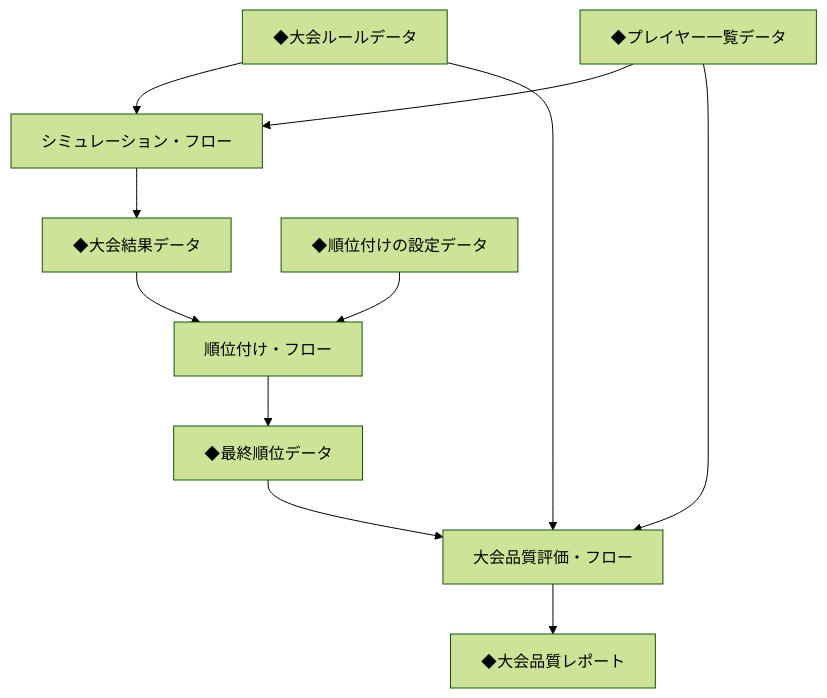
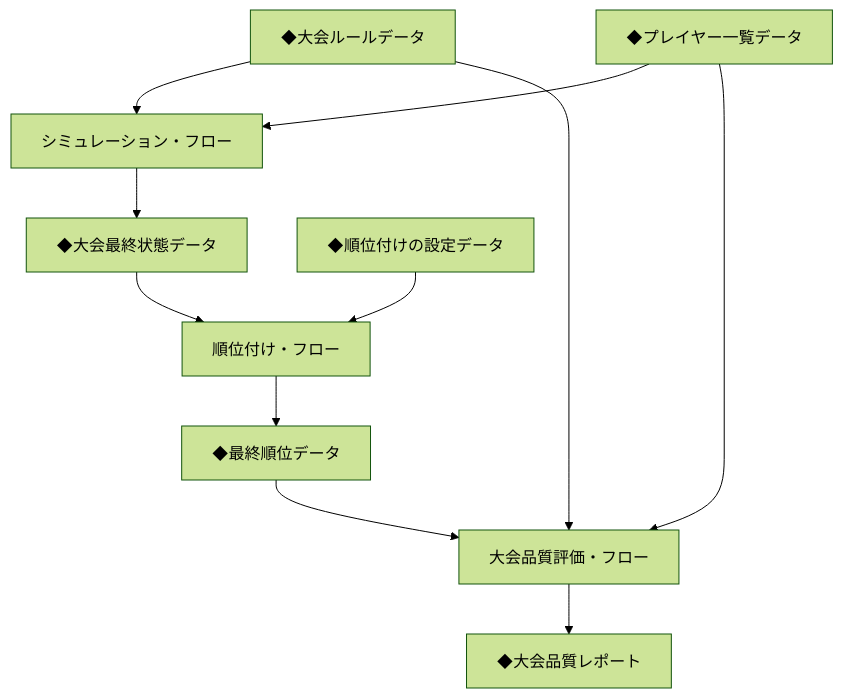
Before and after one commit to muzudho/ShogiTournamentSystemAnalyzer: the third of 5 diagrams in docs/むずでょの案/［大会ルール作成］の理想形と現状の差.md, drawn with Mermaid (forest theme). The commit also changed other lines of this file and 11 other files, not shown here.

````diff
--- a/docs/むずでょの案/［大会ルール作成］の理想形と現状の差.md
+++ b/docs/むずでょの案/［大会ルール作成］の理想形と現状の差.md
@@ -201,15 +201,15 @@
 ```mermaid
 flowchart TD
 	A[◆大会ルールデータ] --> S[シミュレーション・フロー]
 	B[◆プレイヤー一覧データ] --> S
-	S --> C[◆大会結果データ]
+	S --> C[◆大会最終状態データ]
 
 	D[◆順位付けの設定データ] --> R[順位付け・フロー]
 	C --> R
 	R --> E[◆最終順位データ]
 
 	E --> Q[大会品質評価・フロー]
 	B --> Q
 	A --> Q
 	Q --> F[◆大会品質レポート]
 ```
````
